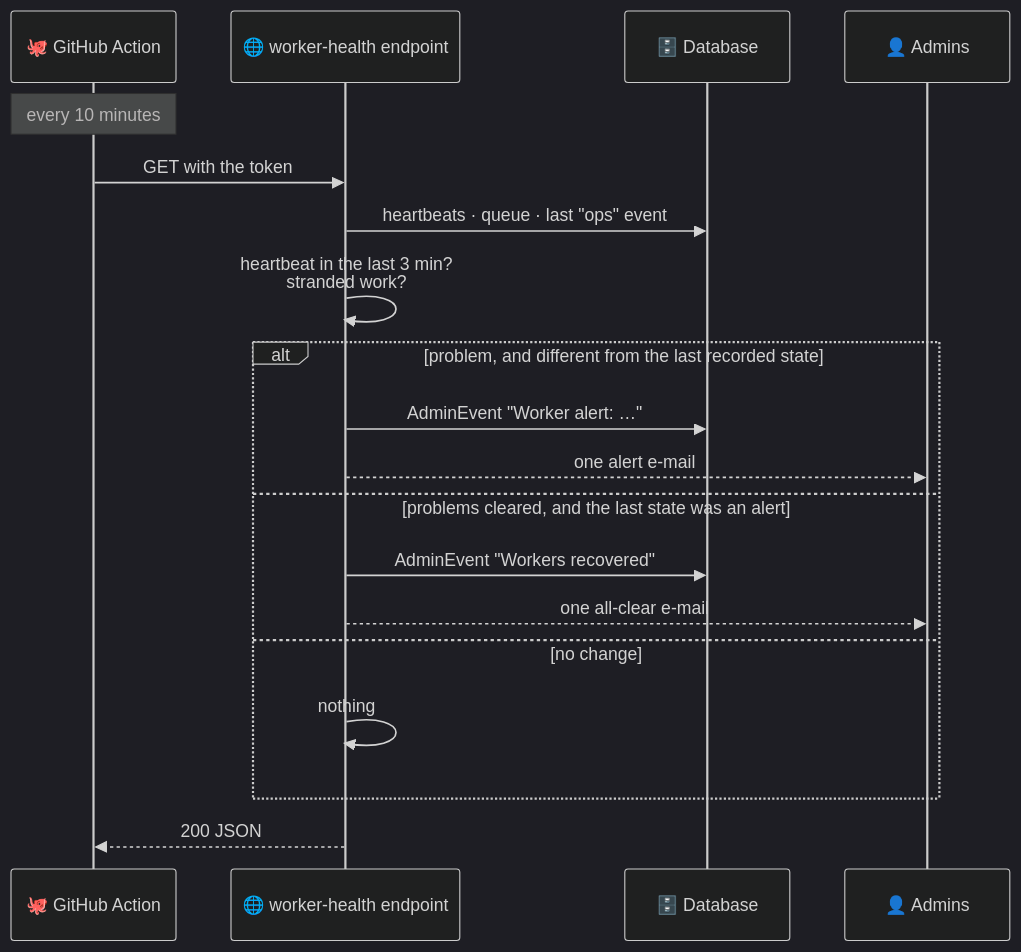
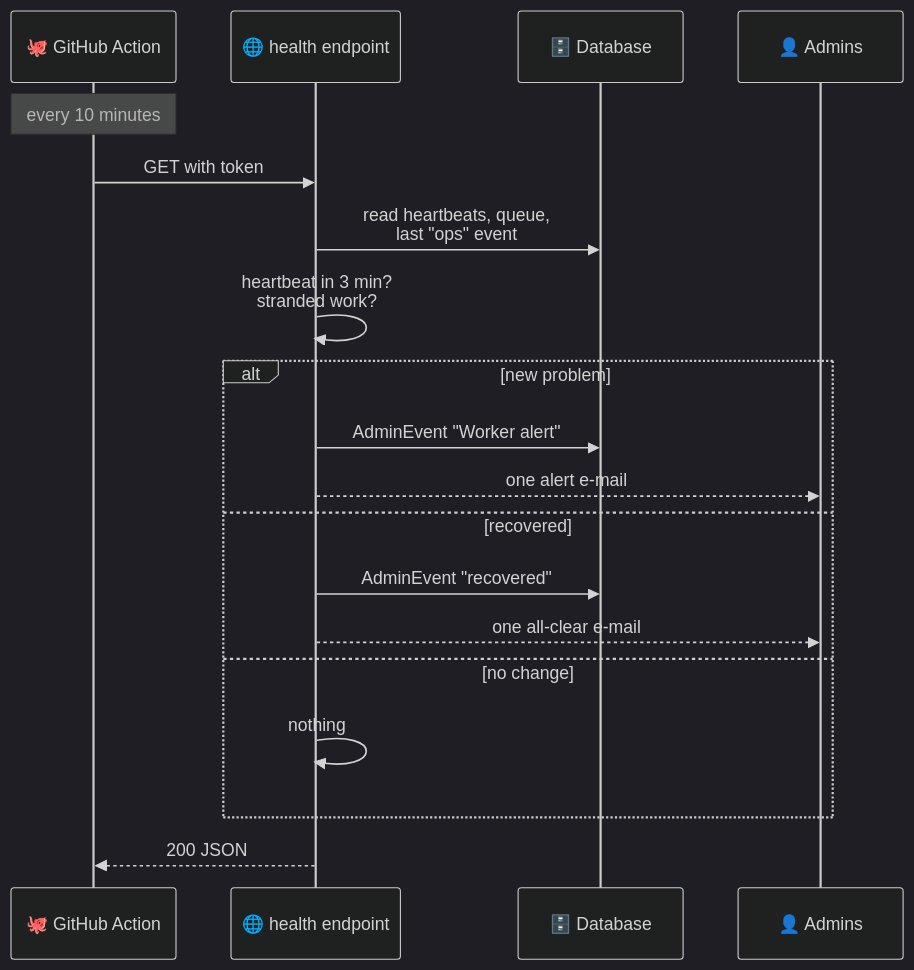
Before and after one commit to McMaster-Battery-Research-Group/battery-soc-benchmark: the fourth of 5 diagrams in docs/walkthrough/10-administration-notifications-reports-monitoring.md, drawn with Mermaid (dark theme). The commit also changed 10 other files, not shown here.

Commit message:
Walkthrough: every diagram now fits GitHub's content column (no scaling), larger timeline fonts, bigger logos

````diff
--- a/docs/walkthrough/10-administration-notifications-reports-monitoring.md
+++ b/docs/walkthrough/10-administration-notifications-reports-monitoring.md
@@ -105,22 +105,22 @@
 ```mermaid
 sequenceDiagram
     participant GH as 🐙 GitHub Action
-    participant W as 🌐 worker-health endpoint
+    participant W as 🌐 health endpoint
     participant DB as 🗄️ Database
     participant A as 👤 Admins
 
     Note over GH: every 10 minutes
-    GH->>W: GET with the token
-    W->>DB: heartbeats · queue · last "ops" event
-    W->>W: heartbeat in the last 3 min?<br/>stranded work?
-    alt problem, and different from the last recorded state
-        W->>DB: AdminEvent "Worker alert: …"
+    GH->>W: GET with token
+    W->>DB: read heartbeats, queue,<br/>last "ops" event
+    W->>W: heartbeat in 3 min?<br/>stranded work?
+    alt new problem
+        W->>DB: AdminEvent "Worker alert"
         W-->>A: one alert e-mail
-    else problems cleared, and the last state was an alert
-        W->>DB: AdminEvent "Workers recovered"
+    else recovered
+        W->>DB: AdminEvent "recovered"
         W-->>A: one all-clear e-mail
     else no change
         W->>W: nothing
     end
     W-->>GH: 200 JSON
 ```
````
